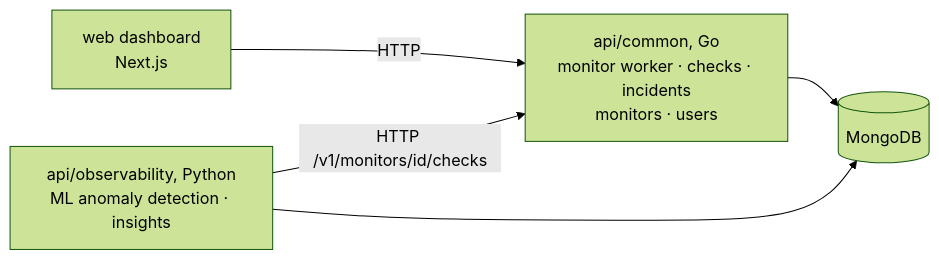
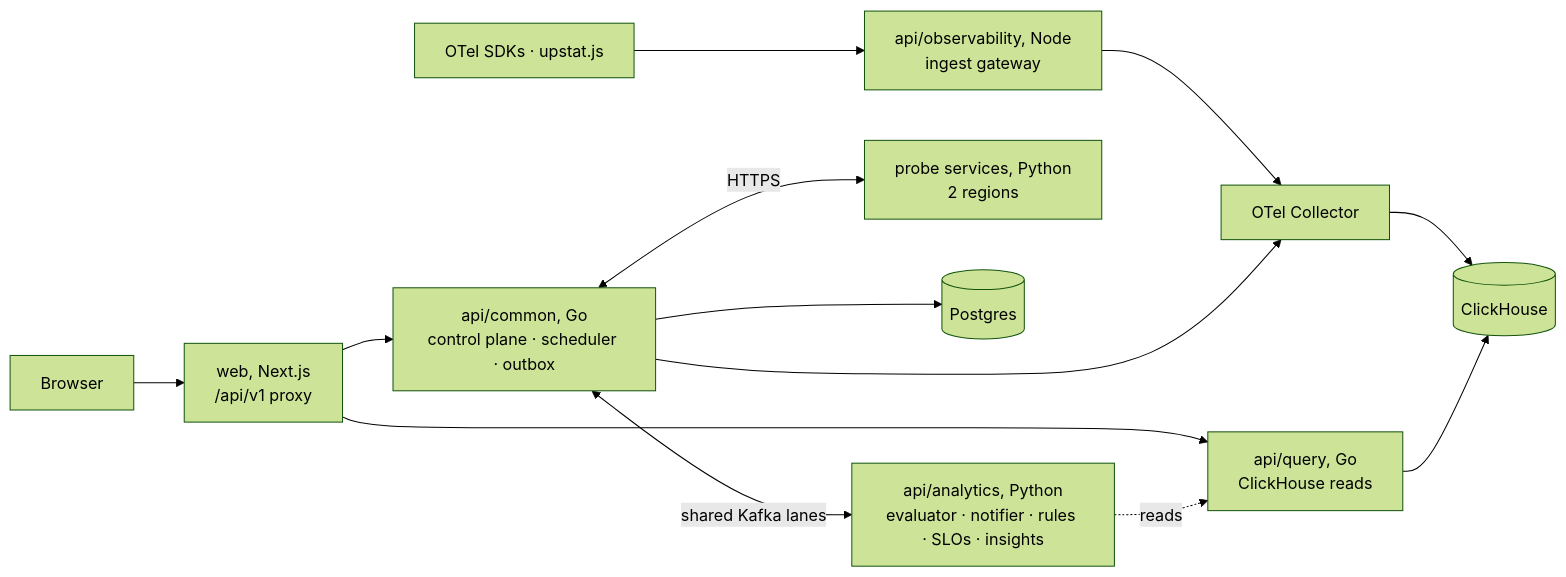
The diagram in README.md (cuesoftinc/upstat), drawn with Mermaid (forest theme) before and after one commit. The commit also changed other lines of this file and 295 other files, not shown here.

````diff
--- a/README.md
+++ b/README.md
@@ -26,7 +26,14 @@
 ```mermaid
 flowchart LR
-    WEB[web dashboard<br/>Next.js] -->|HTTP| AC[api/common, Go<br/>monitor worker · checks · incidents<br/>monitors · users]
-    OBS[api/observability, Python<br/>ML anomaly detection · insights] -->|HTTP /v1/monitors/id/checks| AC
-    AC --> MG[(MongoDB)]
-    OBS --> MG
+    BR[Browser] --> WEB[web, Next.js<br/>/api/v1 proxy]
+    SDK[OTel SDKs · upstat.js] --> GW[api/observability, Node<br/>ingest gateway]
+    WEB --> AC[api/common, Go<br/>control plane · scheduler · outbox]
+    WEB --> Q[api/query, Go<br/>ClickHouse reads]
+    AC <-->|HTTPS| PR[probe services, Python<br/>2 regions]
+    AC --> PG[(Postgres)]
+    AC <-->|shared Kafka lanes| AN[api/analytics, Python<br/>evaluator · notifier · rules · SLOs · insights]
+    GW --> COL[OTel Collector] --> CH[(ClickHouse)]
+    AC --> COL
+    Q --> CH
+    AN -. reads .-> Q
 ```
````
